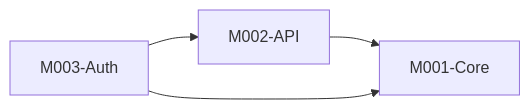
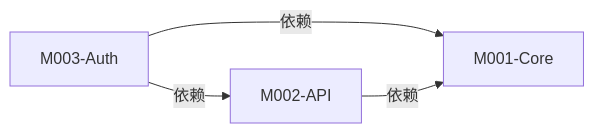
The second of 5 diagrams in src/builtin/skills/project-to-skill/references/Stage2-Modules.md (aiimoyu/hyper-designer), drawn with Mermaid before and after one commit. The commit also changed other lines of this file and 15 other files, not shown here.

````diff
--- a/src/builtin/skills/project-to-skill/references/Stage2-Modules.md
+++ b/src/builtin/skills/project-to-skill/references/Stage2-Modules.md
@@ -288,10 +281,6 @@
 ```mermaid
 graph LR
-    M001[M001-Core]
-    M002[M002-API]
-    M003[M003-Auth]
-
-    M002 --> M001
-    M003 --> M001
-    M003 --> M002
+    M003[M003-Auth] -->|依赖| M002[M002-API]
+    M003 -->|依赖| M001[M001-Core]
+    M002 -->|依赖| M001
 ```
````
